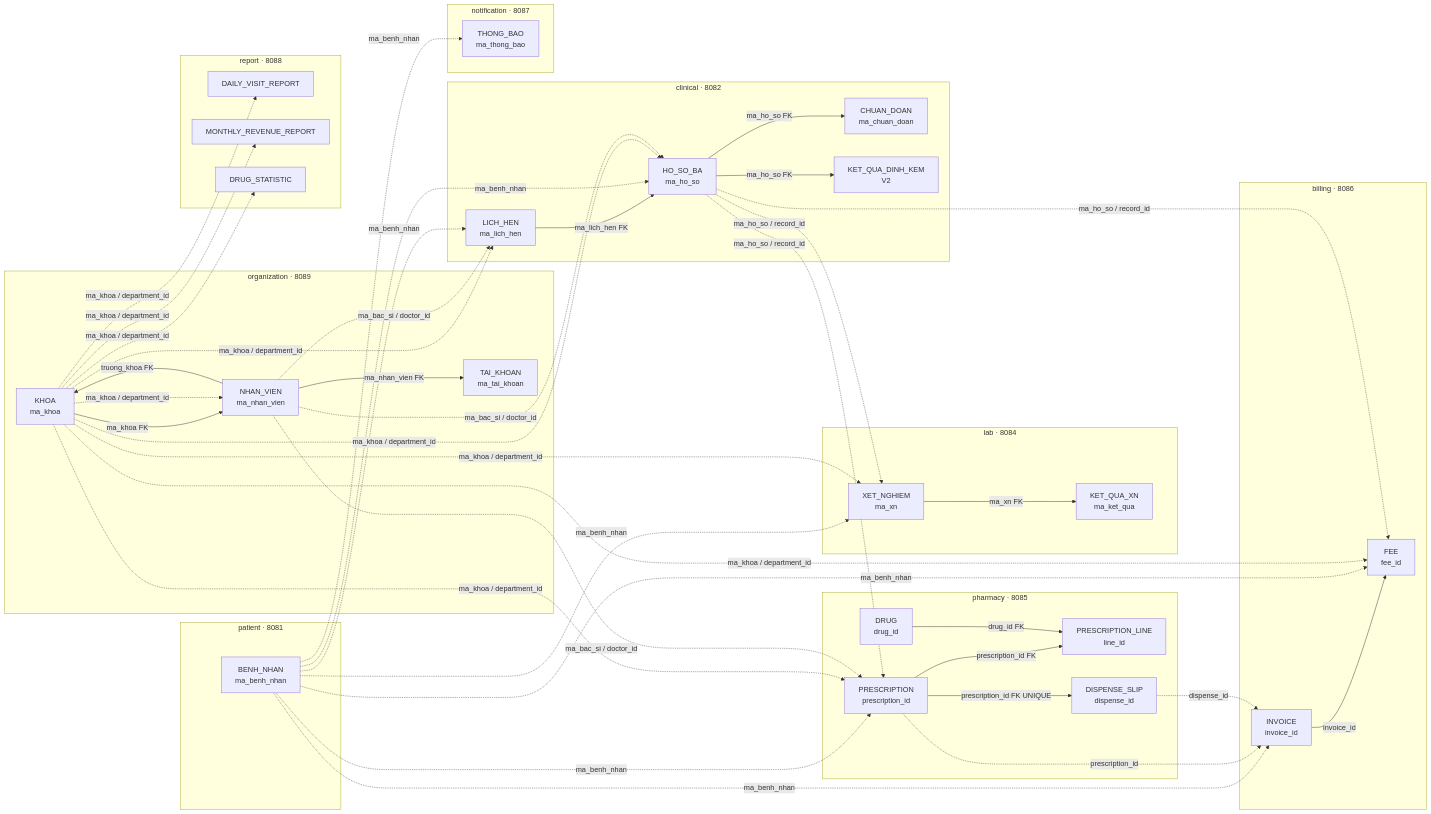
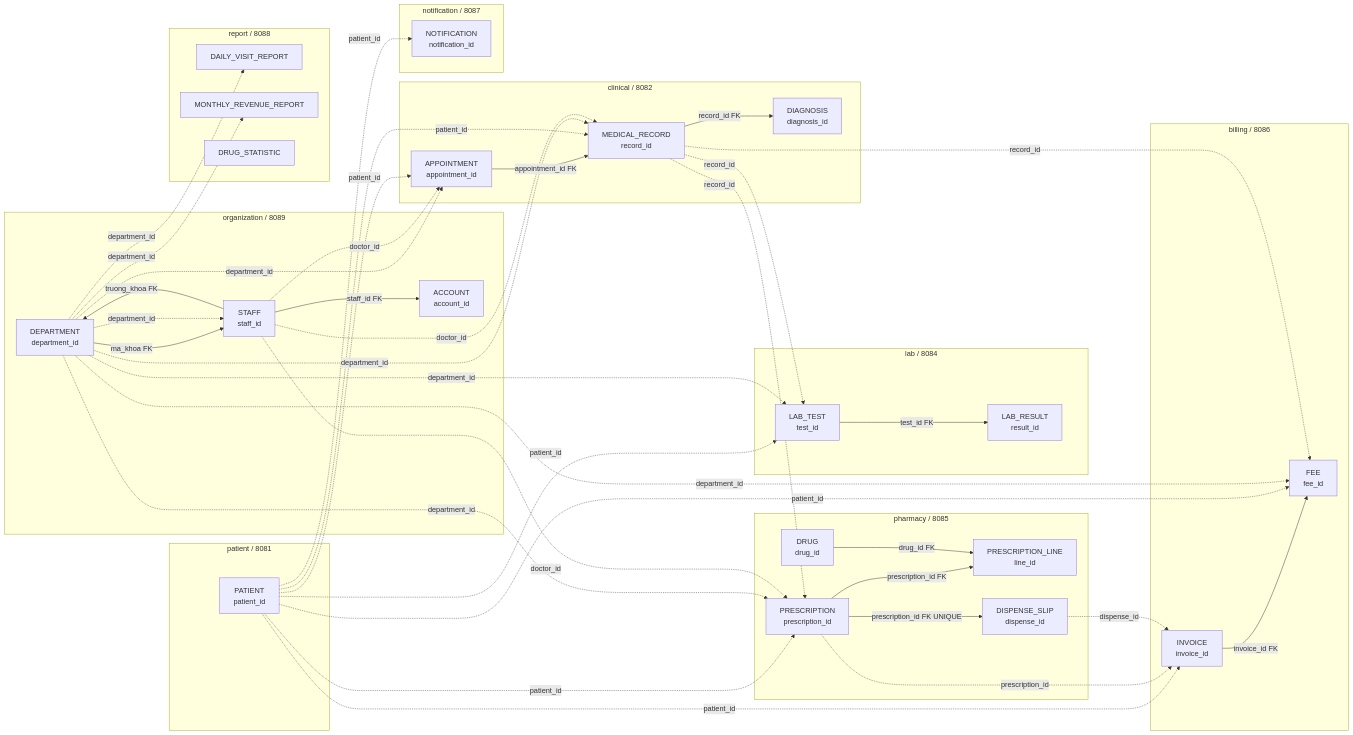
Before and after one commit to Dangvinh77/MediFlow: the diagram in docs/eproject_general_plan/erd/diagrams/erd-01-tong-quan.mmd, drawn with Mermaid. The commit also changed 33 other files, not shown here.

Commit message:
docs(erd): update entity relationship diagrams

```diff
--- a/docs/eproject_general_plan/erd/diagrams/erd-01-tong-quan.mmd
+++ b/docs/eproject_general_plan/erd/diagrams/erd-01-tong-quan.mmd
@@ -1,56 +1,54 @@
 flowchart LR
-    subgraph ORG["organization · 8089"]
-        KHOA["KHOA<br/>ma_khoa"]
-        NV["NHAN_VIEN<br/>ma_nhan_vien"]
-        TK["TAI_KHOAN<br/>ma_tai_khoan"]
-        KHOA -->|ma_khoa FK| NV
-        NV -->|truong_khoa FK| KHOA
-        NV -->|ma_nhan_vien FK| TK
+    subgraph ORG["organization / 8089"]
+        DEPT["DEPARTMENT<br/>department_id"]
+        STAFF["STAFF<br/>staff_id"]
+        ACCOUNT["ACCOUNT<br/>account_id"]
+        DEPT -->|ma_khoa FK| STAFF
+        STAFF -->|truong_khoa FK| DEPT
+        STAFF -->|staff_id FK| ACCOUNT
     end
-    subgraph PAT["patient · 8081"]
-        BN["BENH_NHAN<br/>ma_benh_nhan"]
+    subgraph PAT["patient / 8081"]
+        PATIENT["PATIENT<br/>patient_id"]
     end
-    subgraph CLI["clinical · 8082"]
-        LH["LICH_HEN<br/>ma_lich_hen"]
-        HS["HO_SO_BA<br/>ma_ho_so"]
-        CD["CHUAN_DOAN<br/>ma_chuan_doan"]
-        KQDK["KET_QUA_DINH_KEM<br/>V2"]
-        LH -->|ma_lich_hen FK| HS
-        HS -->|ma_ho_so FK| CD
-        HS -->|ma_ho_so FK| KQDK
+    subgraph CLI["clinical / 8082"]
+        APPT["APPOINTMENT<br/>appointment_id"]
+        MRECORD["MEDICAL_RECORD<br/>record_id"]
+        DIAG["DIAGNOSIS<br/>diagnosis_id"]
+        APPT -->|appointment_id FK| MRECORD
+        MRECORD -->|record_id FK| DIAG
     end
-    subgraph LAB["lab · 8084"]
-        XN["XET_NGHIEM<br/>ma_xn"]
-        KQXN["KET_QUA_XN<br/>ma_ket_qua"]
-        XN -->|ma_xn FK| KQXN
+    subgraph LAB["lab / 8084"]
+        LTEST["LAB_TEST<br/>test_id"]
+        LRESULT["LAB_RESULT<br/>result_id"]
+        LTEST -->|test_id FK| LRESULT
     end
-    subgraph PHA["pharmacy · 8085"]
-        DR["DRUG<br/>drug_id"]
-        PR["PRESCRIPTION<br/>prescription_id"]
-        PRL["PRESCRIPTION_LINE<br/>line_id"]
-        DS["DISPENSE_SLIP<br/>dispense_id"]
-        PR -->|prescription_id FK| PRL
-        DR -->|drug_id FK| PRL
-        PR -->|prescription_id FK UNIQUE| DS
+    subgraph PHA["pharmacy / 8085"]
+        DRUG["DRUG<br/>drug_id"]
+        RX["PRESCRIPTION<br/>prescription_id"]
+        RXLINE["PRESCRIPTION_LINE<br/>line_id"]
+        DSLIP["DISPENSE_SLIP<br/>dispense_id"]
+        RX -->|prescription_id FK| RXLINE
+        DRUG -->|drug_id FK| RXLINE
+        RX -->|prescription_id FK UNIQUE| DSLIP
     end
-    subgraph BIL["billing · 8086"]
+    subgraph BIL["billing / 8086"]
         FEE["FEE<br/>fee_id"]
         INV["INVOICE<br/>invoice_id"]
-        INV -->|invoice_id| FEE
+        INV -->|invoice_id FK| FEE
     end
-    subgraph NOT["notification · 8087"]
-        TB["THONG_BAO<br/>ma_thong_bao"]
+    subgraph NOT["notification / 8087"]
+        NOTIF["NOTIFICATION<br/>notification_id"]
     end
-    subgraph REP["report · 8088"]
+    subgraph REP["report / 8088"]
         DVR["DAILY_VISIT_REPORT"]
         MRR["MONTHLY_REVENUE_REPORT"]
         DST["DRUG_STATISTIC"]
     end
 
-    %% cross-service logical refs (UUID trần)
-    BN -.->|ma_benh_nhan| LH & HS & XN & PR & FEE & INV & TB
-    KHOA -.->|ma_khoa / department_id| NV & LH & HS & XN & PR & FEE & DVR & MRR & DST
-    NV -.->|ma_bac_si / doctor_id| LH & HS & PR
-    HS -.->|ma_ho_so / record_id| XN & PR & FEE
-    PR -.->|prescription_id| INV
-    DS -.->|dispense_id| INV
+    %% cross-service logical refs (bare UUID)
+    PATIENT -.->|patient_id| APPT & MRECORD & LTEST & RX & FEE & INV & NOTIF
+    DEPT -.->|department_id| STAFF & APPT & MRECORD & LTEST & RX & FEE & DVR & MRR
+    STAFF -.->|doctor_id| APPT & MRECORD & RX
+    MRECORD -.->|record_id| LTEST & RX & FEE
+    RX -.->|prescription_id| INV
+    DSLIP -.->|dispense_id| INV
```
